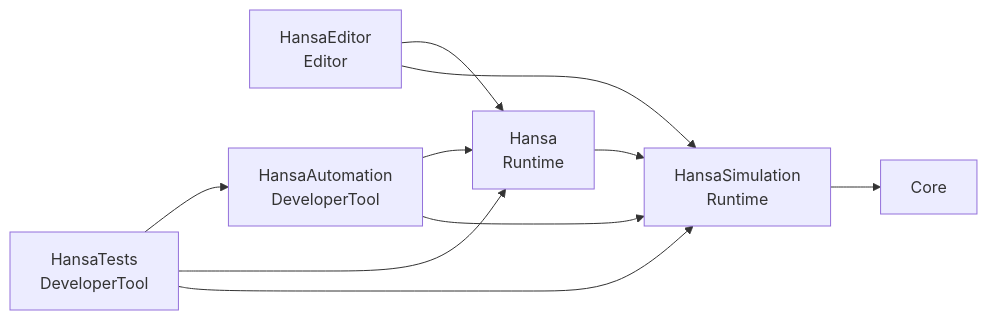
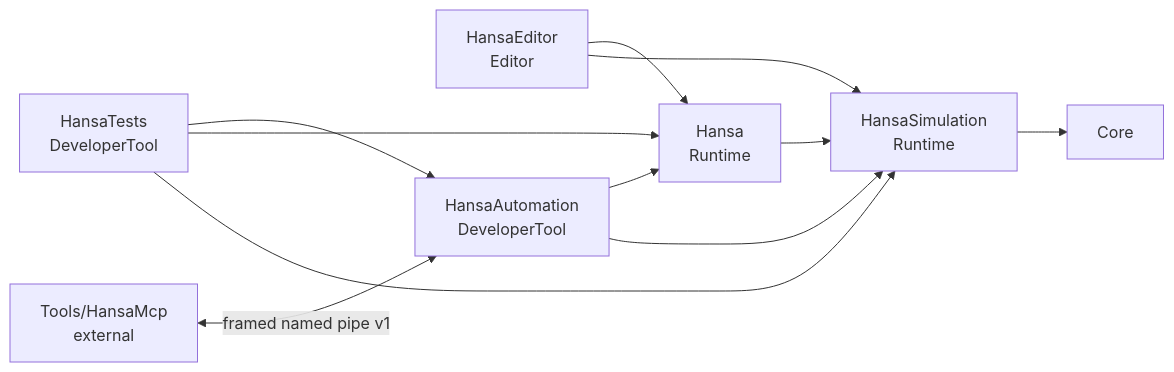
One commit to johdav999/Hansa changed the first of 2 diagrams in Docs/Development/Baseline.md. Above: the diagram before and after it, drawn with Mermaid. The commit also changed other lines of this file and 266 other files, not shown here.

````diff
--- a/Docs/Development/Baseline.md
+++ b/Docs/Development/Baseline.md
@@ -103,12 +108,13 @@
 ```mermaid
 flowchart LR
     Sim[HansaSimulation\nRuntime] --> Core[Core]
     Game[Hansa\nRuntime] --> Sim
     Editor[HansaEditor\nEditor] --> Game
     Editor --> Sim
     Auto[HansaAutomation\nDeveloperTool] --> Game
     Auto --> Sim
     Tests[HansaTests\nDeveloperTool] --> Auto
     Tests --> Game
     Tests --> Sim
+    Mcp[Tools/HansaMcp\nexternal] <-->|framed named pipe v1| Auto
 ```
````
